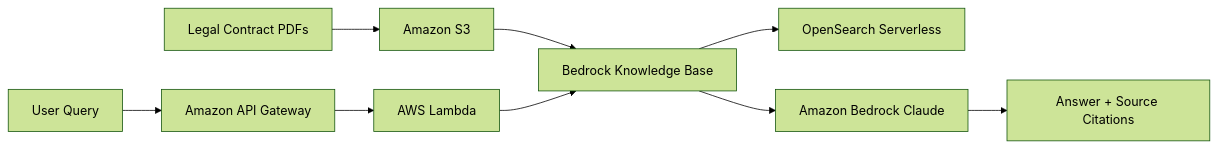
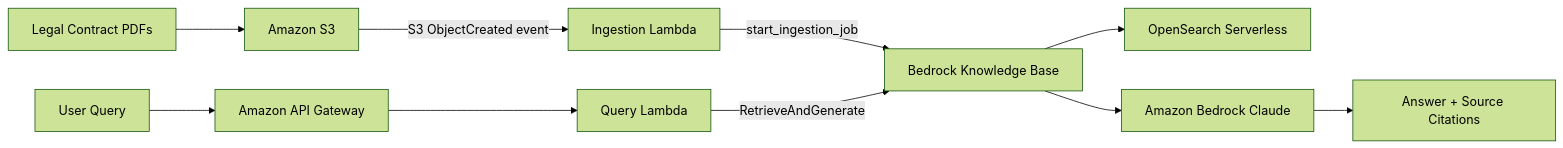
Before and after one commit to nathanielkay11-tech/aws-bedrock-rag-pipeline: the diagram in README.md, drawn with Mermaid (forest theme). The commit also changed 1 other file, not shown here.

Commit message:
docs: update architecture diagram and add ADR-005, ADR-006

````diff
--- a/README.md
+++ b/README.md
@@ -150,11 +150,12 @@
 ```mermaid
 graph LR
     A[Legal Contract PDFs] --> B[Amazon S3]
-    B --> C[Bedrock Knowledge Base]
-    C --> D[OpenSearch Serverless]
-    E[User Query] --> F[Amazon API Gateway]
-    F --> G[AWS Lambda]
-    G --> C
-    C --> H[Amazon Bedrock Claude]
-    H --> I[Answer + Source Citations]
+    B -->|S3 ObjectCreated event| C[Ingestion Lambda]
+    C -->|start_ingestion_job| D[Bedrock Knowledge Base]
+    D --> E[OpenSearch Serverless]
+    F[User Query] --> G[Amazon API Gateway]
+    G --> H[Query Lambda]
+    H -->|RetrieveAndGenerate| D
+    D --> I[Amazon Bedrock Claude]
+    I --> J[Answer + Source Citations]
 ```
````
